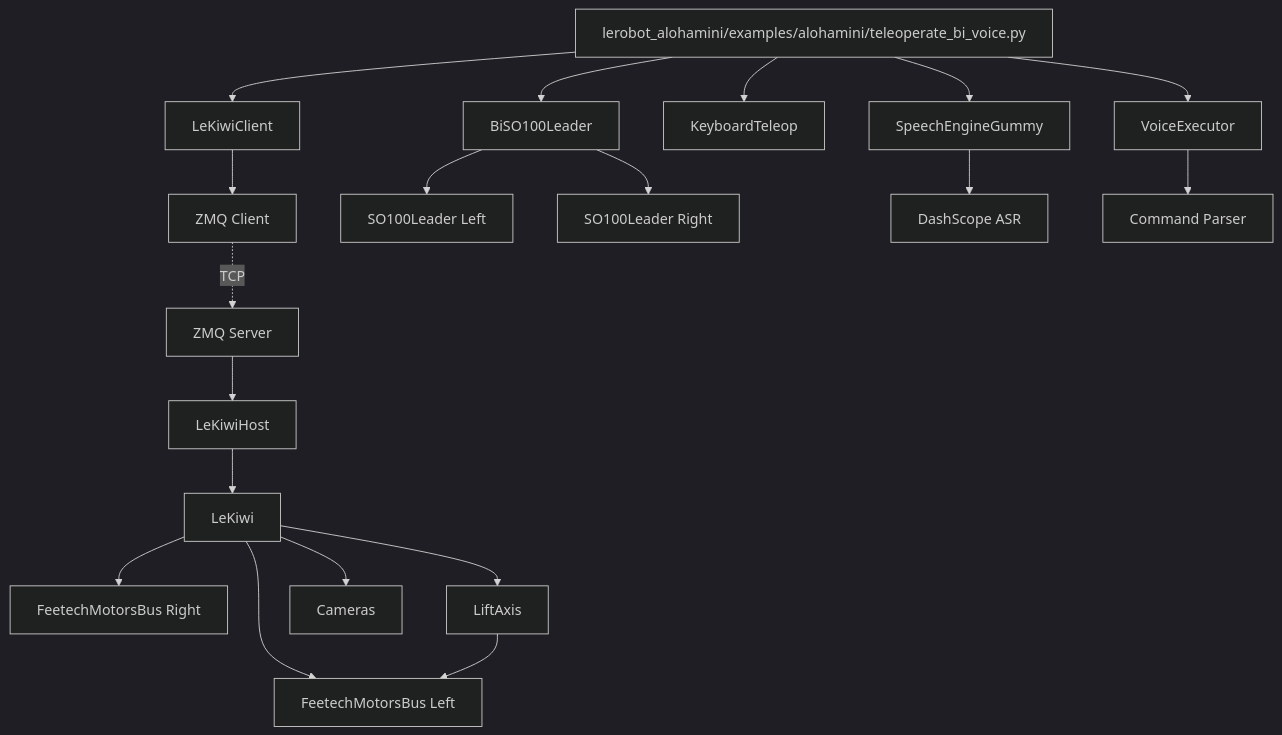
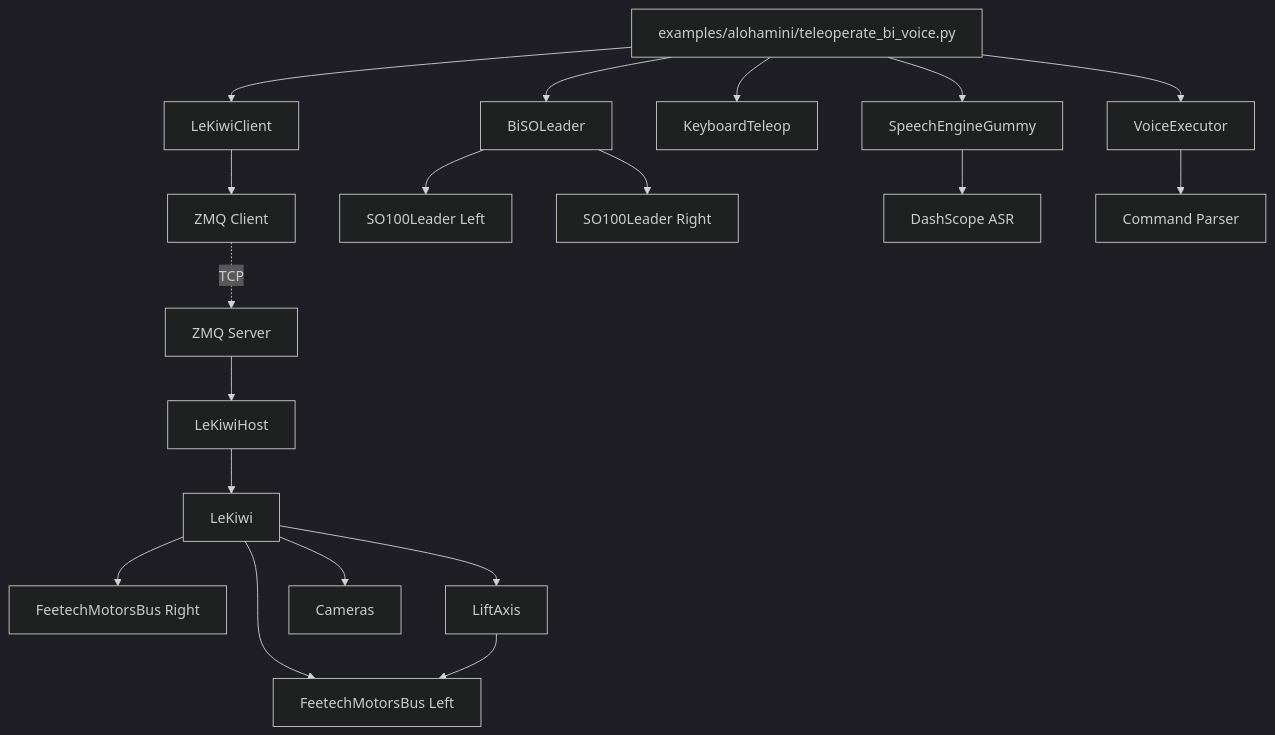
One commit to wiscohumanoids/lerobot_alohamini changed the diagram in wiscohumanoid/docs/ALOHAMINI_ARCHITECTURE.md. Above: the diagram before and after it, drawn with Mermaid (dark theme). The commit also changed other lines of this file and 8 other files, not shown here.

````diff
--- a/wiscohumanoid/docs/ALOHAMINI_ARCHITECTURE.md
+++ b/wiscohumanoid/docs/ALOHAMINI_ARCHITECTURE.md
@@ -182,27 +182,27 @@
 ```mermaid
 graph TB
-    A[lerobot_alohamini/examples/alohamini/teleoperate_bi_voice.py] --> B[LeKiwiClient]
-    A --> C[BiSO100Leader]
+    A[examples/alohamini/teleoperate_bi_voice.py] --> B[LeKiwiClient]
+    A --> C[BiSOLeader]
     A --> D[KeyboardTeleop]
     A --> E[SpeechEngineGummy]
     A --> F[VoiceExecutor]
 
     B --> G[ZMQ Client]
     G -.TCP.-> H[ZMQ Server]
 
     H --> I[LeKiwiHost]
     I --> J[LeKiwi]
 
     J --> K[FeetechMotorsBus Left]
     J --> L[FeetechMotorsBus Right]
     J --> M[LiftAxis]
     J --> N[Cameras]
 
     M --> K
 
     C --> O[SO100Leader Left]
     C --> P[SO100Leader Right]
 
     E --> Q[DashScope ASR]
     F --> R[Command Parser]
 ```
````
